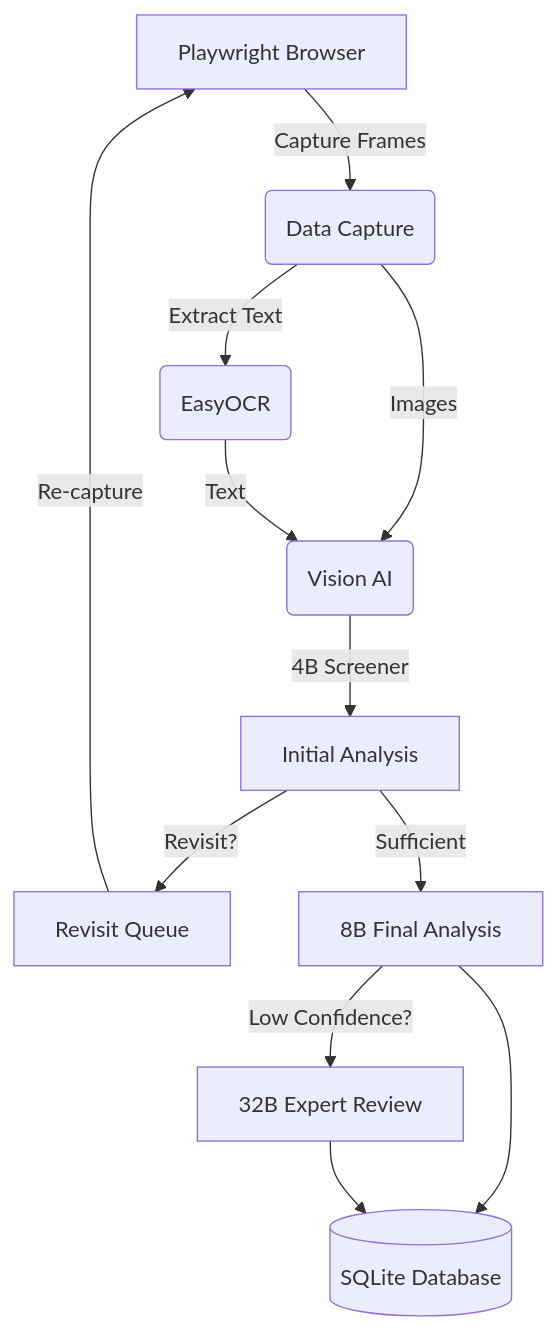
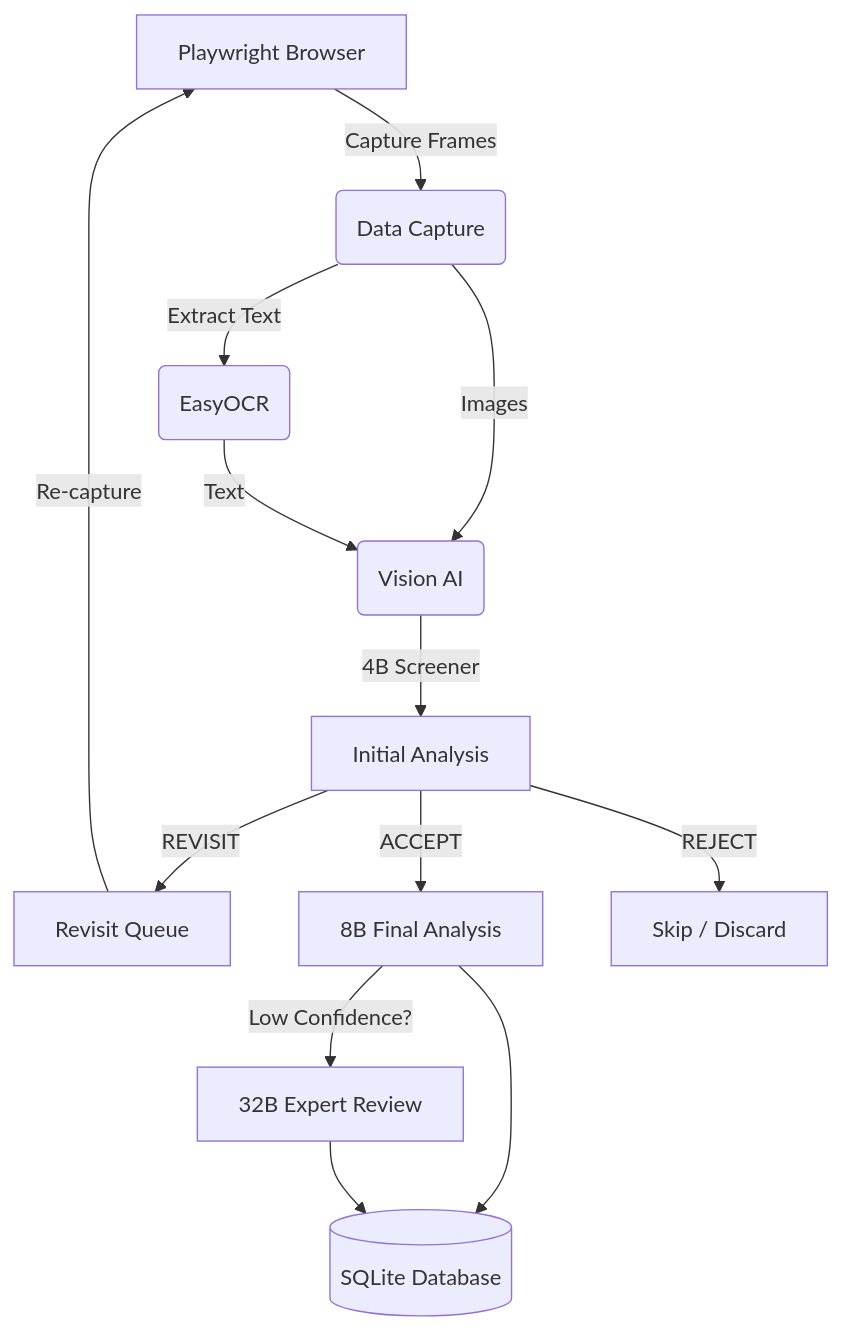
The diagram in README.md (10Unknownboy/StoryZop), drawn with Mermaid before and after one commit. The commit also changed other lines of this file and 10 other files, not shown here.

````diff
--- a/README.md
+++ b/README.md
@@ -11,14 +11,15 @@
 ```mermaid
 flowchart TD
     Browser[Playwright Browser] -->|Capture Frames| Capture(Data Capture)
     Capture -->|Extract Text| OCR(EasyOCR)
     Capture -->|Images| AI(Vision AI)
     OCR -->|Text| AI
     AI -->|4B Screener| Screening[Initial Analysis]
-    Screening -->|Revisit?| RevisitQueue[Revisit Queue]
-    Screening -->|Sufficient| Final[8B Final Analysis]
+    Screening -->|REVISIT| RevisitQueue[Revisit Queue]
+    Screening -->|ACCEPT| Final[8B Final Analysis]
+    Screening -->|REJECT| Skip[Skip / Discard]
     RevisitQueue -->|Re-capture| Browser
     Final -->|Low Confidence?| Expert[32B Expert Review]
     Final --> DB[(SQLite Database)]
     Expert --> DB
 ```
````
